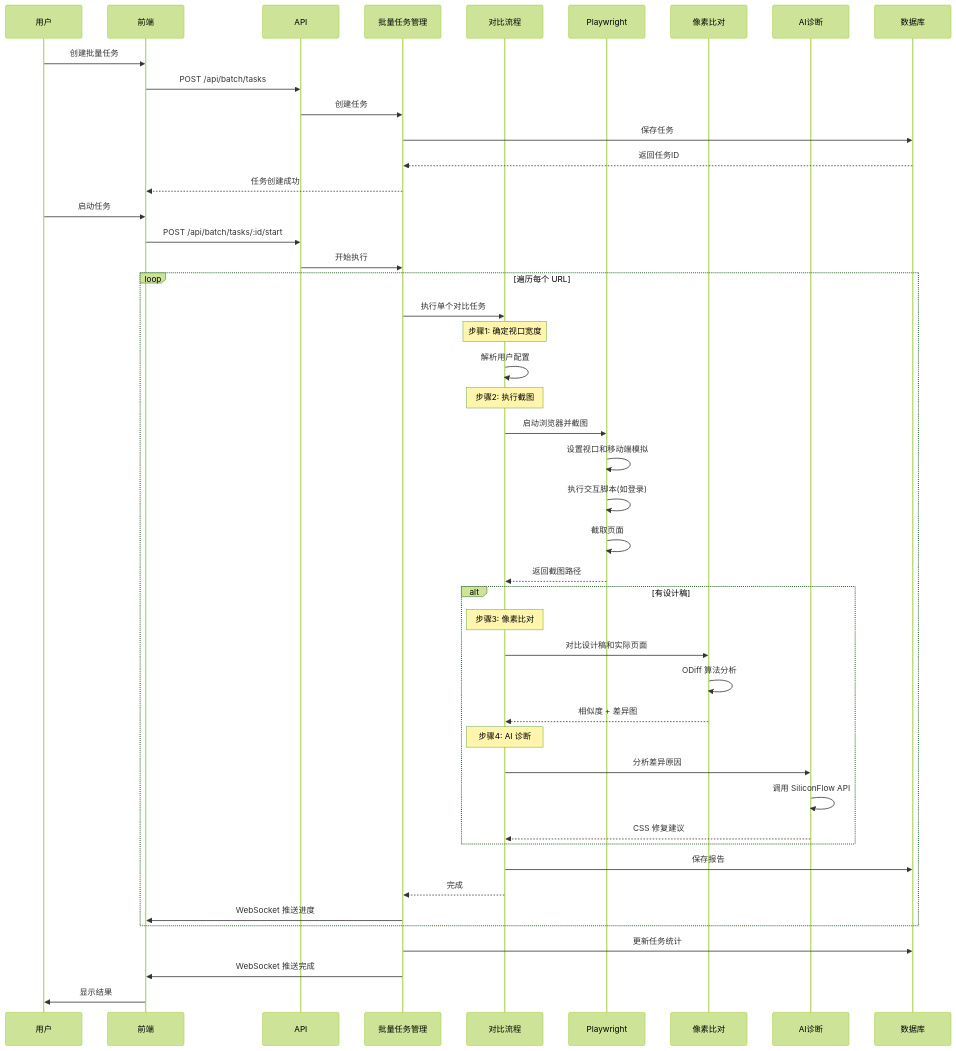
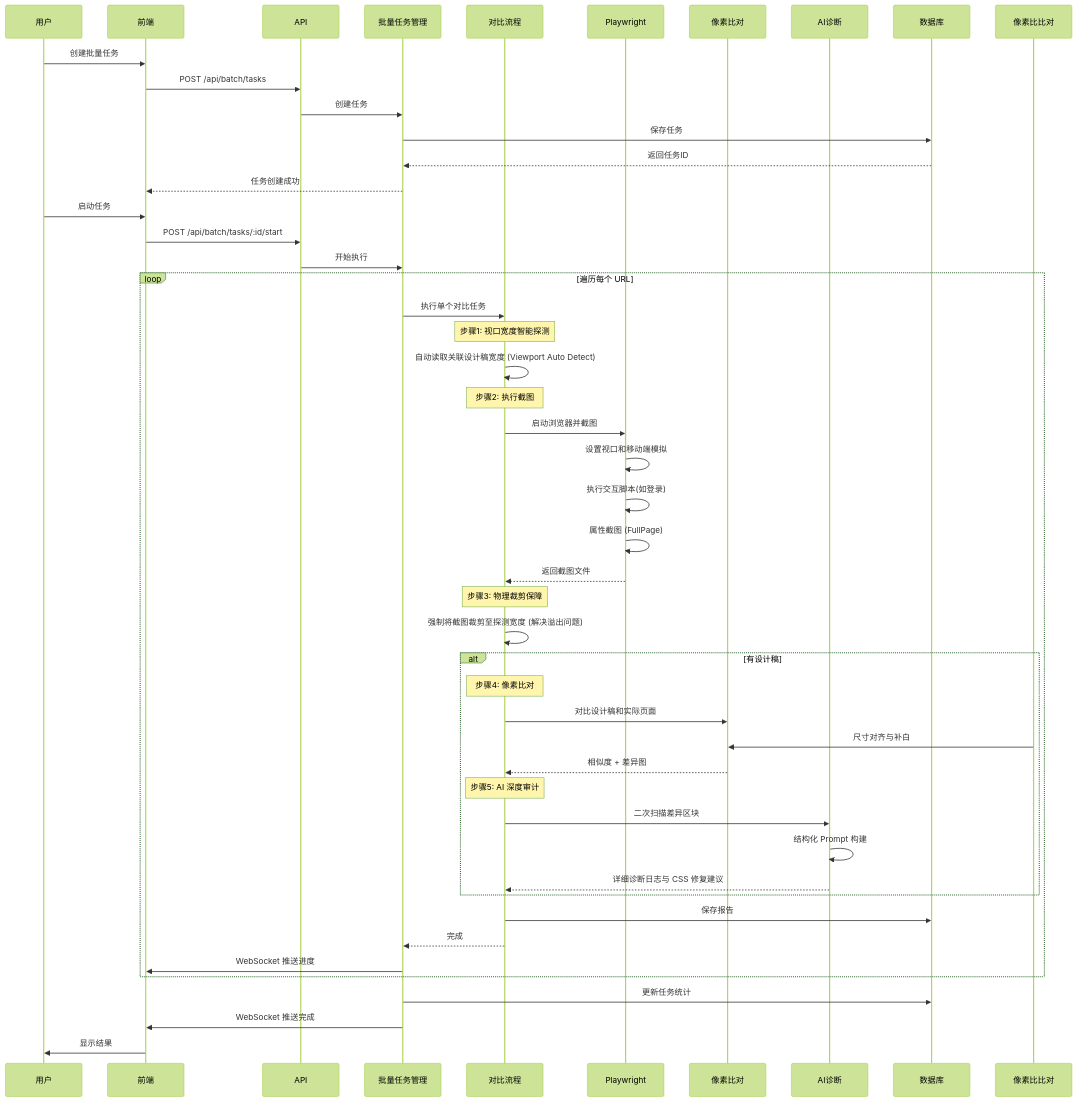
One commit to liyongshun1018/UI-Eye changed the second of 4 diagrams in docs/项目架构文档.md. Above: the diagram before and after it, drawn with Mermaid (forest theme). The commit also changed other lines of this file and 3 other files, not shown here.

````diff
--- a/docs/项目架构文档.md
+++ b/docs/项目架构文档.md
@@ -90,57 +90,60 @@
 ```mermaid
 sequenceDiagram
     participant 用户
     participant 前端
     participant API
     participant 批量任务管理
     participant 对比流程
     participant Playwright
     participant 像素比对
     participant AI诊断
     participant 数据库
 
     用户->>前端: 创建批量任务
     前端->>API: POST /api/batch/tasks
     API->>批量任务管理: 创建任务
     批量任务管理->>数据库: 保存任务
     数据库-->>批量任务管理: 返回任务ID
     批量任务管理-->>前端: 任务创建成功
     
     用户->>前端: 启动任务
     前端->>API: POST /api/batch/tasks/:id/start
     API->>批量任务管理: 开始执行
     
     loop 遍历每个 URL
         批量任务管理->>对比流程: 执行单个对比任务
         
-        Note over 对比流程: 步骤1: 确定视口宽度
-        对比流程->>对比流程: 解析用户配置
+        Note over 对比流程: 步骤1: 视口宽度智能探测
+        对比流程->>对比流程: 自动读取关联设计稿宽度 (Viewport Auto Detect)
         
         Note over 对比流程: 步骤2: 执行截图
         对比流程->>Playwright: 启动浏览器并截图
         Playwright->>Playwright: 设置视口和移动端模拟
         Playwright->>Playwright: 执行交互脚本(如登录)
-        Playwright->>Playwright: 截取页面
-        Playwright-->>对比流程: 返回截图路径
+        Playwright->>Playwright: 属性截图 (FullPage)
+        Playwright-->>对比流程: 返回截图文件
+        
+        Note over 对比流程: 步骤3: 物理裁剪保障
+        对比流程->>对比流程: 强制将截图裁剪至探测宽度 (解决溢出问题)
         
         alt 有设计稿
-            Note over 对比流程: 步骤3: 像素比对
+            Note over 对比流程: 步骤4: 像素比对
             对比流程->>像素比对: 对比设计稿和实际页面
-            像素比对->>像素比对: ODiff 算法分析
+            像素比比对->>像素比对: 尺寸对齐与补白
             像素比对-->>对比流程: 相似度 + 差异图
             
-            Note over 对比流程: 步骤4: AI 诊断
-            对比流程->>AI诊断: 分析差异原因
-            AI诊断->>AI诊断: 调用 SiliconFlow API
-            AI诊断-->>对比流程: CSS 修复建议
+            Note over 对比流程: 步骤5: AI 深度审计
+            对比流程->>AI诊断: 二次扫描差异区块
+            AI诊断->>AI诊断: 结构化 Prompt 构建
+            AI诊断-->>对比流程: 详细诊断日志与 CSS 修复建议
         end
         
         对比流程->>数据库: 保存报告
         对比流程-->>批量任务管理: 完成
         批量任务管理->>前端: WebSocket 推送进度
     end
     
     批量任务管理->>数据库: 更新任务统计
     批量任务管理->>前端: WebSocket 推送完成
     前端->>用户: 显示结果
 ```
````
